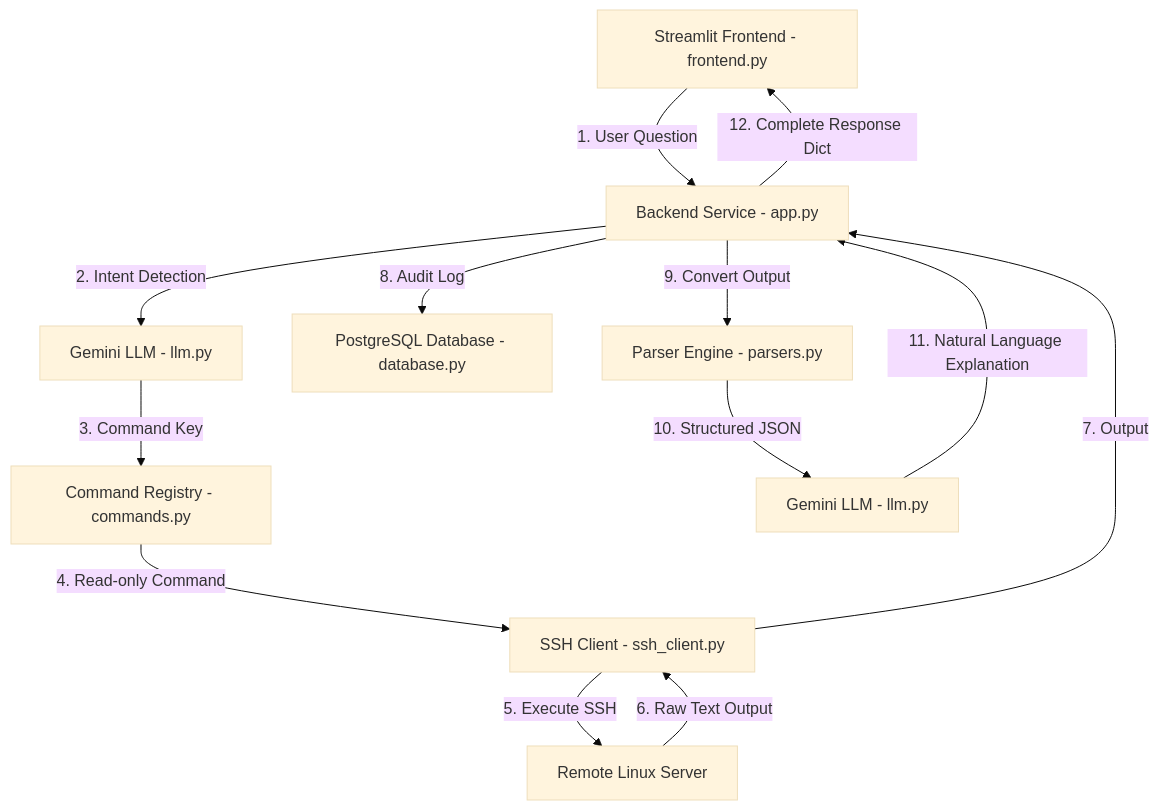
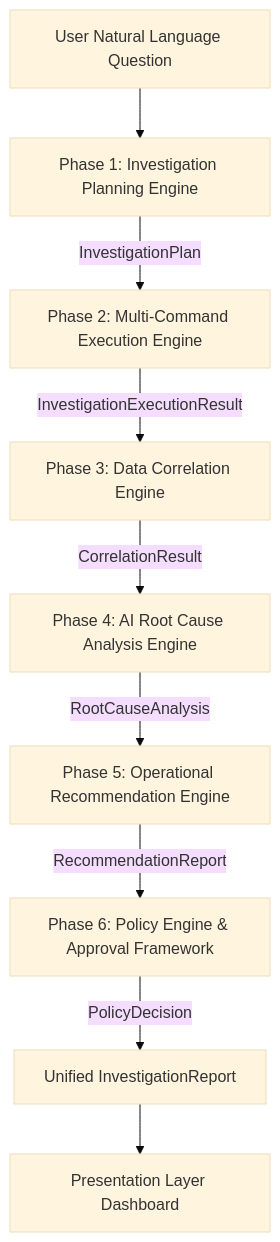
Before and after one commit to PrathamUdayG/RCA_SRE_AI_Platform: the diagram in README.md, drawn with Mermaid (base theme). The commit also changed other lines of this file and 29 other files, not shown here.

Commit message:
refactor: Reorganize codebase into Clean Architecture layers and implement InvestigationWorkflow

````diff
--- a/README.md
+++ b/README.md
@@ -17,15 +43,11 @@
 ```mermaid
 graph TD
-    A[Streamlit Frontend - frontend.py] -->|1. User Question| B[Backend Service - app.py]
-    B -->|2. Intent Detection| C[Gemini LLM - llm.py]
-    C -->|3. Command Key| D[Command Registry - commands.py]
-    D -->|4. Read-only Command| E[SSH Client - ssh_client.py]
-    E -->|5. Execute SSH| F[Remote Linux Server]
-    F -->|6. Raw Text Output| E
-    E -->|7. Output| B
-    B -->|8. Audit Log| G[PostgreSQL Database - database.py]
-    B -->|9. Convert Output| H[Parser Engine - parsers.py]
-    H -->|10. Structured JSON| I[Gemini LLM - llm.py]
-    I -->|11. Natural Language Explanation| B
-    B -->|12. Complete Response Dict| A
+    A[User Natural Language Question] --> B[Phase 1: Investigation Planning Engine]
+    B -->|InvestigationPlan| C[Phase 2: Multi-Command Execution Engine]
+    C -->|InvestigationExecutionResult| D[Phase 3: Data Correlation Engine]
+    D -->|CorrelationResult| E[Phase 4: AI Root Cause Analysis Engine]
+    E -->|RootCauseAnalysis| F[Phase 5: Operational Recommendation Engine]
+    F -->|RecommendationReport| G[Phase 6: Policy Engine & Approval Framework]
+    G -->|PolicyDecision| H[Unified InvestigationReport]
+    H --> I[Presentation Layer Dashboard]
 ```
````
